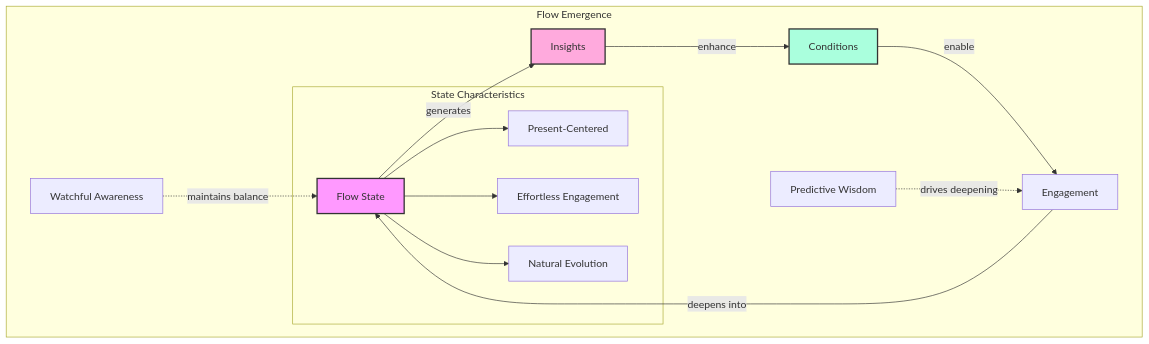
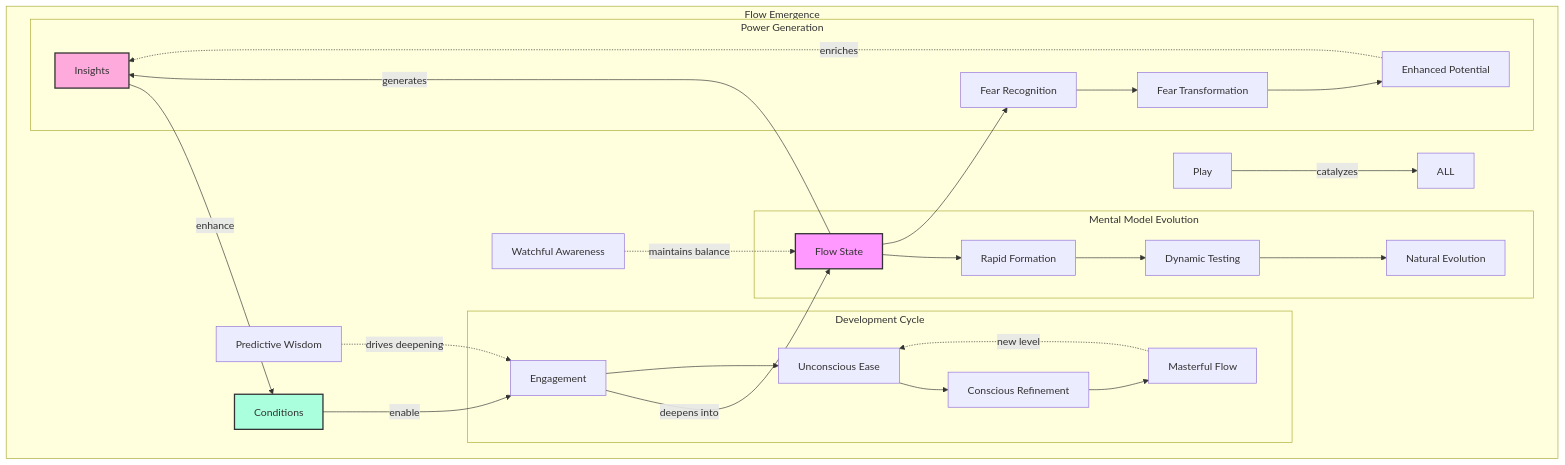
Diagram 19 of 43 in README.md (phillipclapham/neuroweaver), drawn with Mermaid before and after one commit. The commit also changed other lines of this file, not shown here.

````diff
--- a/README.md
+++ b/README.md
@@ -801,22 +1160,37 @@
 ```mermaid
 graph TD
     subgraph "Flow Emergence"
         C[Conditions] -->|enable| E[Engagement]
         E -->|deepens into| F[Flow State]
         F -->|generates| I[Insights]
         I -->|enhance| C
 
         PW[Predictive Wisdom] -.->|drives deepening| E
         WA[Watchful Awareness] -.->|maintains balance| F
+        Play[Play] -->|catalyzes| ALL
 
-        subgraph "State Characteristics"
-            F --> PC[Present-Centered]
-            F --> EE[Effortless Engagement]
-            F --> NE[Natural Evolution]
+        subgraph "Mental Model Evolution"
+            F --> MM1[Rapid Formation]
+            MM1 --> MM2[Dynamic Testing]
+            MM2 --> MM3[Natural Evolution]
+        end
+
+        subgraph "Development Cycle"
+            E --> U[Unconscious Ease]
+            U --> C1[Conscious Refinement]
+            C1 --> M[Masterful Flow]
+            M -.->|new level| U
+        end
+
+        subgraph "Power Generation"
+            F --> FR[Fear Recognition]
+            FR --> FT[Fear Transformation]
+            FT --> EP[Enhanced Potential]
+            EP -.->|enriches| I
         end
     end
 
     style F fill:#f9f,stroke:#333,stroke-width:2px
     style I fill:#fad,stroke:#333,stroke-width:2px
     style C fill:#afd,stroke:#333,stroke-width:2px
 ```
````
